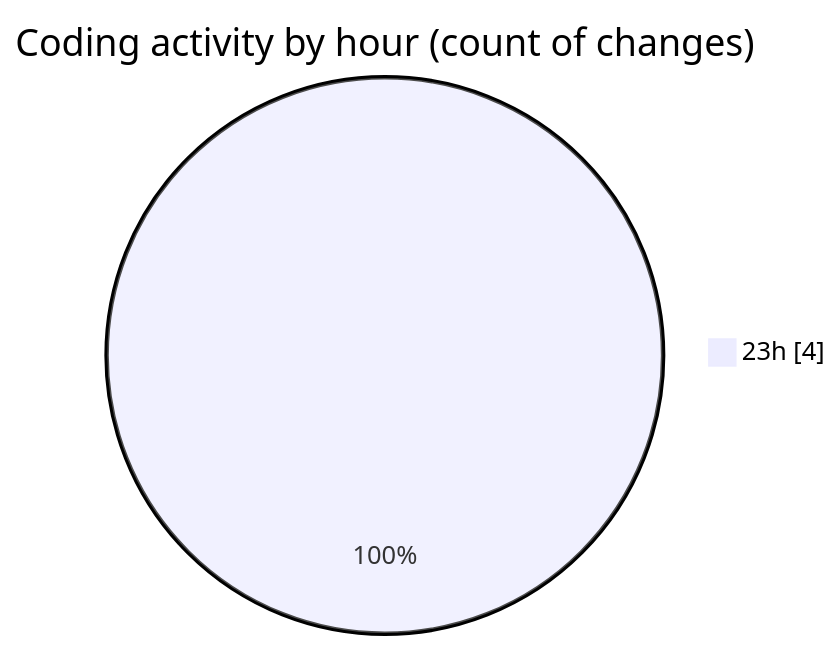
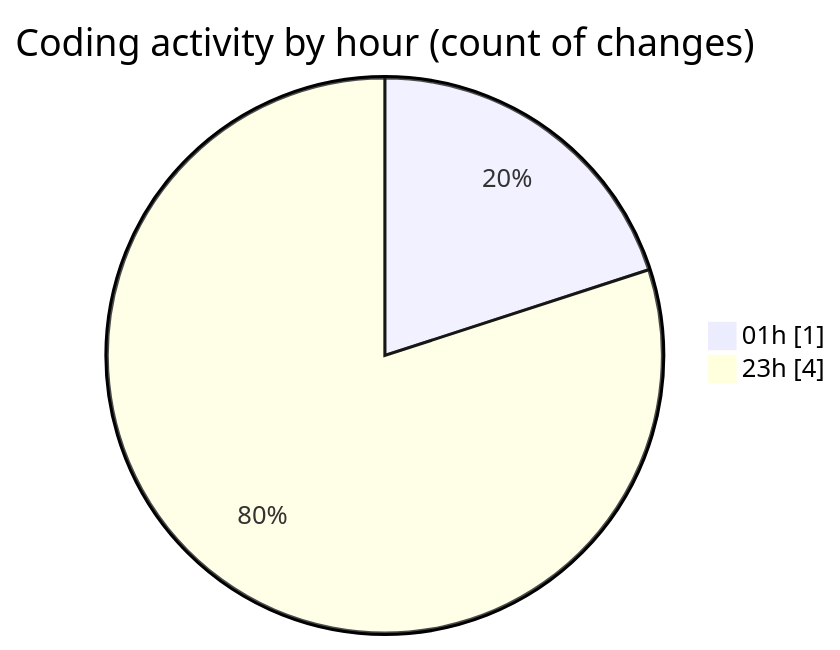
The second of 2 diagrams in 2025-09-08/quanlylink/README.md (lephambinh05/code-tracking), drawn with Mermaid before and after one commit. The commit also changed other lines of this file and 1 other file, not shown here.

````diff
--- a/2025-09-08/quanlylink/README.md
+++ b/2025-09-08/quanlylink/README.md
@@ -31,5 +33,6 @@
 ```mermaid
 pie showData
 title Coding activity by hour (count of changes)
+"01h" : 1
 "23h" : 4
 ```
````
